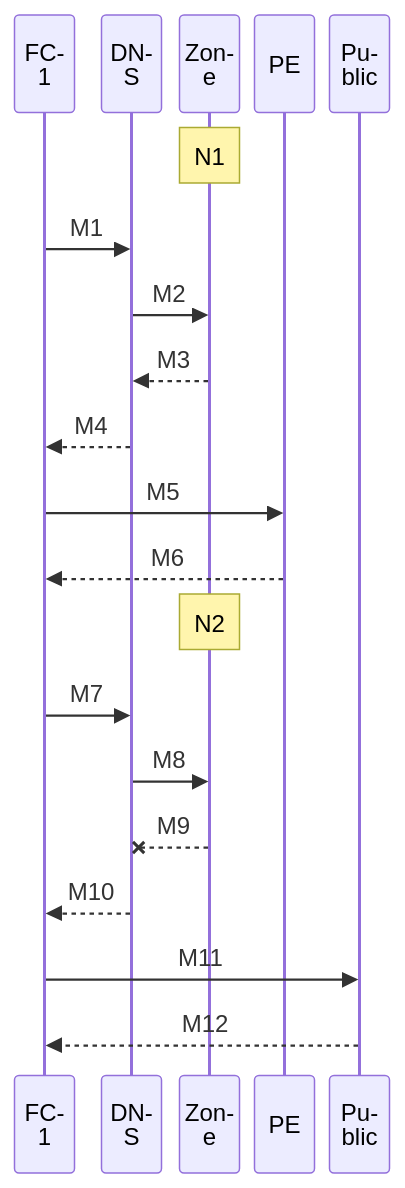
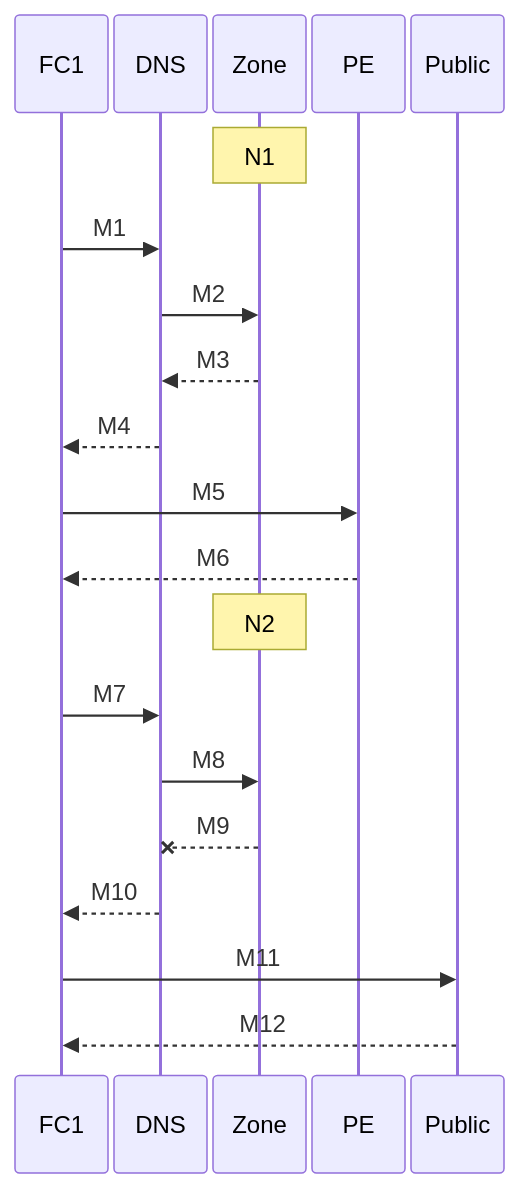
Before and after one commit to yeongseon/azure-functions-practical-guide: the second of 5 diagrams in docs/troubleshooting/lab-guides/dns-vnet-resolution.md, drawn with Mermaid. The commit also changed 1 other file, not shown here.

Commit message:
docs(diagrams): make DNS lab failure sequence participants readable on narrow screens (#585)

````diff
--- a/docs/troubleshooting/lab-guides/dns-vnet-resolution.md
+++ b/docs/troubleshooting/lab-guides/dns-vnet-resolution.md
@@ -178,27 +178,27 @@
 ```mermaid
-%%{init: {"sequence":{"width":40,"actorMargin":10,"diagramMarginX":5,"wrap":true}}}%%
+%%{init: {"sequence":{"width":62,"actorMargin":4,"diagramMarginX":4,"messageMargin":34,"wrap":true}}}%%
 sequenceDiagram
     accTitle: FC1 lab DNS and storage failure progression
     accDescr: Illustrative logical sequence with five separate roles and baseline then incident exchanges. The crossed zone exchange denotes loss of zone visibility, not a response from an unreachable zone. Historical addresses and response codes are retained in the adjacent key and signal map, not revalidated here.
     participant App as FC1
     participant DNS as DNS
     participant BlobZone as Zone
     participant PE as PE
     participant Public as Public
 
     Note over BlobZone: N1
     App->>DNS: M1
     DNS->>BlobZone: M2
     BlobZone-->>DNS: M3
     DNS-->>App: M4
     App->>PE: M5
     PE-->>App: M6
 
     Note over BlobZone: N2
     App->>DNS: M7
     DNS->>BlobZone: M8
     BlobZone--xDNS: M9
     DNS-->>App: M10
     App->>Public: M11
     Public-->>App: M12
 ```
````
